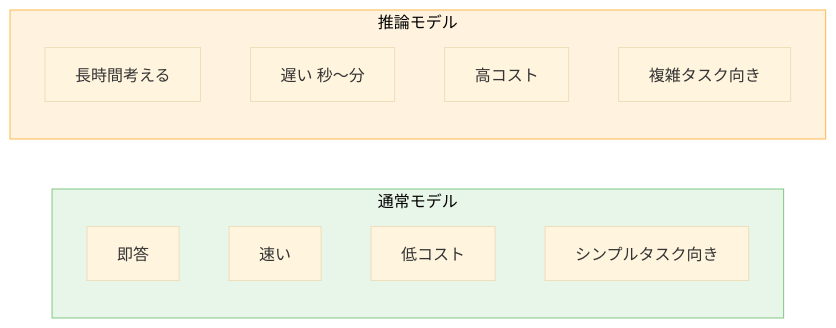
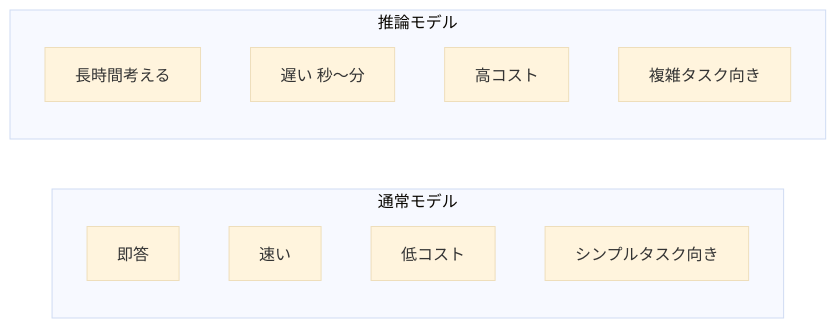
Before and after one commit to dinekt/dinekt-wiki: the first of 3 diagrams in docs/techniques/推論モデル-o1o3extended-thinking-の使いどころ.md, drawn with Mermaid (base theme). The commit also changed other lines of this file and 70 other files, not shown here.

First line of the commit message:
fix(mermaid): strip all inline styling, rely on theme

````diff
--- a/docs/techniques/推論モデル-o1o3extended-thinking-の使いどころ.md
+++ b/docs/techniques/推論モデル-o1o3extended-thinking-の使いどころ.md
@@ -23,18 +23,16 @@
 ```mermaid
 flowchart LR
     subgraph 通常モデル
       N1[即答]
       N2[速い]
       N3[低コスト]
       N4[シンプルタスク向き]
     end
     subgraph 推論モデル
       R1[長時間考える]
       R2[遅い 秒〜分]
       R3[高コスト]
       R4[複雑タスク向き]
     end
 
-    style 通常モデル fill:#e8f5e9,stroke:#81c784,color:#000
-    style 推論モデル fill:#fff3e0,stroke:#ffb74d,color:#000
 ```
````
